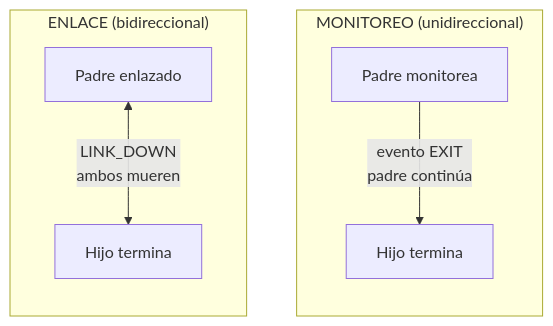
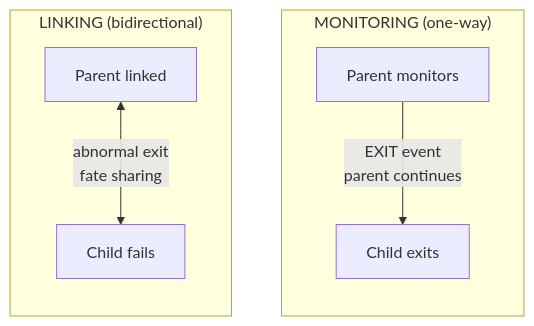
One commit to wippyai/docs changed the diagram in es/tutorials/supervision.md. Above: the diagram before and after it, drawn with Mermaid. The commit also changed other lines of this file and 870 other files, not shown here.

````diff
--- a/es/tutorials/supervision.md
+++ b/es/tutorials/supervision.md
@@ -22,12 +32,12 @@
 ```mermaid
 flowchart TB
-    subgraph Monitoring["MONITOREO (unidireccional)"]
+    subgraph Monitoring["MONITORING (one-way)"]
         direction TB
-        P1[Padre monitorea] -->|evento EXIT<br/>padre continúa| C1[Hijo termina]
+        P1[Parent monitors] -->|EXIT event<br/>parent continues| C1[Child exits]
     end
 
-    subgraph Linking["ENLACE (bidireccional)"]
+    subgraph Linking["LINKING (bidirectional)"]
         direction TB
-        P2[Padre enlazado] <-->|LINK_DOWN<br/>ambos mueren| C2[Hijo termina]
+        P2[Parent linked] <-->|abnormal exit<br/>fate sharing| C2[Child fails]
     end
 ```
````
